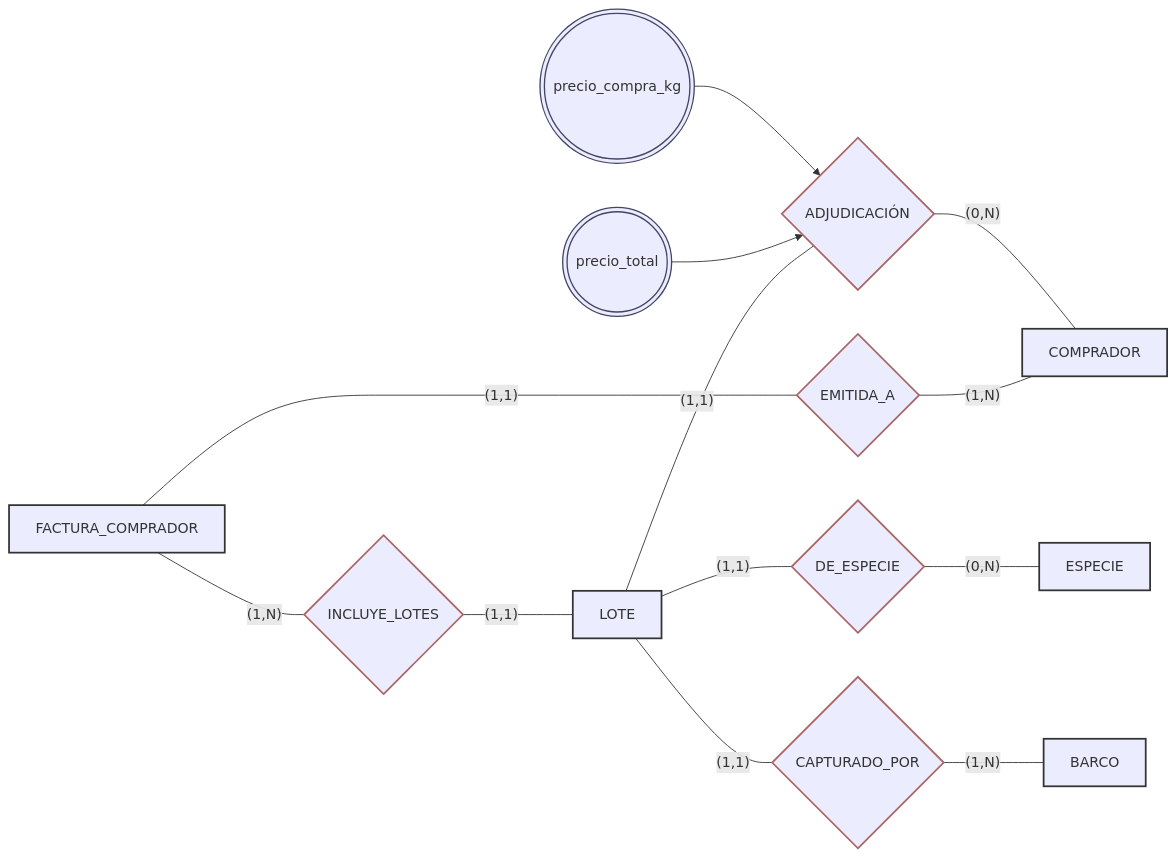
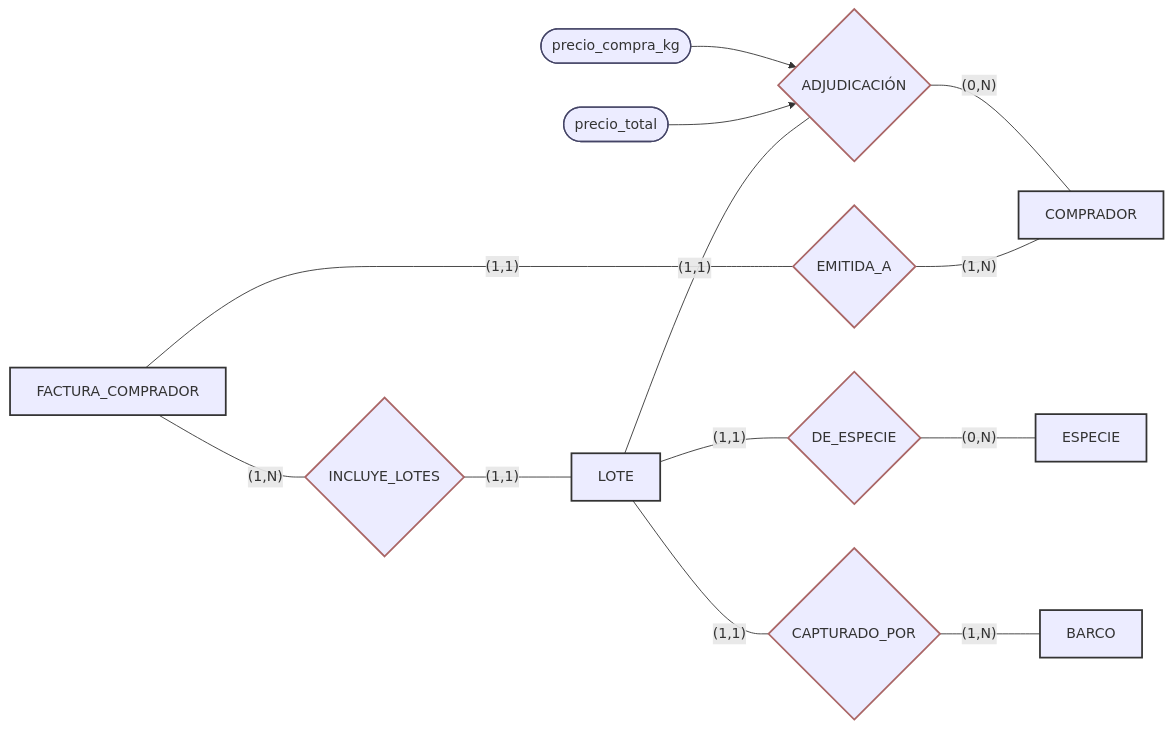
One commit to JulTob/Data changed the sixth of 7 diagrams in DataBases/lonja_DB.md. Above: the diagram before and after it, drawn with Mermaid.

Commit message:
Fix formatting of attributes in lonja_DB.md

````diff
--- a/DataBases/lonja_DB.md
+++ b/DataBases/lonja_DB.md
@@ -207,45 +207,45 @@
 ```mermaid
 flowchart LR   
 
   classDef entidad stroke:#333,stroke-width:2px;
   classDef relacion stroke:#a66,stroke-width:2px;
   classDef atributo stroke:#446,stroke-width:1.5px;
 
   %% Entidades
   Lote[LOTE]:::entidad
   Especie[ESPECIE]:::entidad
   Barco[BARCO]:::entidad
   Comprador[COMPRADOR]:::entidad
   FacturaC[FACTURA_COMPRADOR]:::entidad
 
   %% Relaciones
   DeEspecie{DE_ESPECIE}:::relacion
   CapturadoPor{CAPTURADO_POR}:::relacion
   Adjudicacion{ADJUDICACIÓN}:::relacion
   EmiteC{EMITIDA_A}:::relacion
   IncluyeLC{INCLUYE_LOTES}:::relacion
 
 
 
 
   %% Atributos de la RELACIÓN ADJUDICACIÓN
-  precio_compra_kg(((precio_compra_kg))):::atributo --> Adjudicacion
-  precio_total(((precio_total))):::atributo --> Adjudicacion
+  precio_compra_kg([precio_compra_kg]):::atributo --> Adjudicacion
+  precio_total([precio_total]):::atributo --> Adjudicacion
 
   %% Conexiones y cardinalidades
   Lote ---|"(1,1)"| DeEspecie
   DeEspecie ---|"(0,N)"| Especie
 
   Lote ---|"(1,1)"| CapturadoPor
   CapturadoPor ---|"(1,N)"| Barco
 
   Lote ---|"(1,1)"| Adjudicacion
   Adjudicacion ---|"(0,N)"| Comprador
 
   FacturaC ---|"(1,1)"| EmiteC
   EmiteC ---|"(1,N)"| Comprador
 
   FacturaC ---|"(1,N)"| IncluyeLC
   IncluyeLC ---|"(1,1)"| Lote
 
 ```
````
